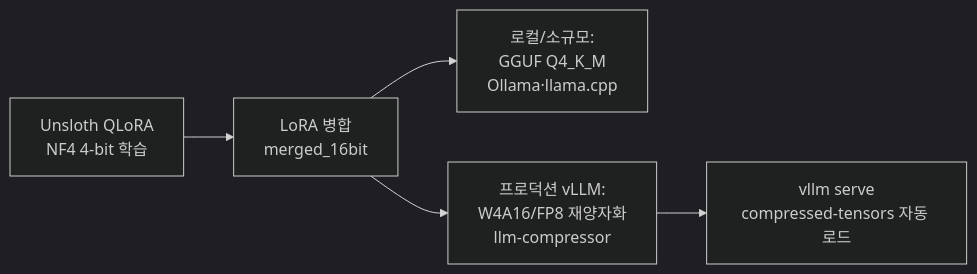
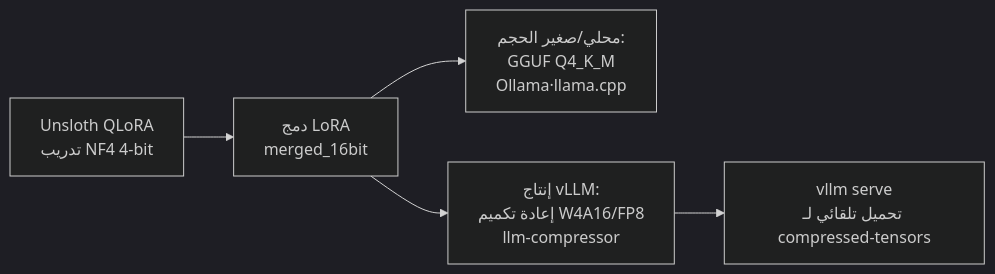
The diagram in _posts/ar/llmops/2026-06-20-llm-quantization-vllm-serving-unsloth.md (ThakiCloud/thakicloud.github.io), drawn with Mermaid (dark theme) before and after one commit. The commit also changed 21 other files, not shown here.

First line of the commit message:
fix(blog): translate mermaid labels to post language (en/ar)

````diff
--- a/_posts/ar/llmops/2026-06-20-llm-quantization-vllm-serving-unsloth.md
+++ b/_posts/ar/llmops/2026-06-20-llm-quantization-vllm-serving-unsloth.md
@@ -105,7 +105,7 @@
 ```mermaid
 flowchart LR
-    A[Unsloth QLoRA<br/>NF4 4-bit 학습] --> B[LoRA 병합<br/>merged_16bit]
-    B --> C1[로컬/소규모:<br/>GGUF Q4_K_M<br/>Ollama·llama.cpp]
-    B --> C2[프로덕션 vLLM:<br/>W4A16/FP8 재양자화<br/>llm-compressor]
-    C2 --> D[vllm serve<br/>compressed-tensors 자동 로드]
+    A[Unsloth QLoRA<br/>تدريب NF4 4-bit] --> B[دمج LoRA<br/>merged_16bit]
+    B --> C1[محلي/صغير الحجم:<br/>GGUF Q4_K_M<br/>Ollama·llama.cpp]
+    B --> C2[إنتاج vLLM:<br/>إعادة تكميم W4A16/FP8<br/>llm-compressor]
+    C2 --> D[vllm serve<br/>تحميل تلقائي لـ compressed-tensors]
 ```
````
